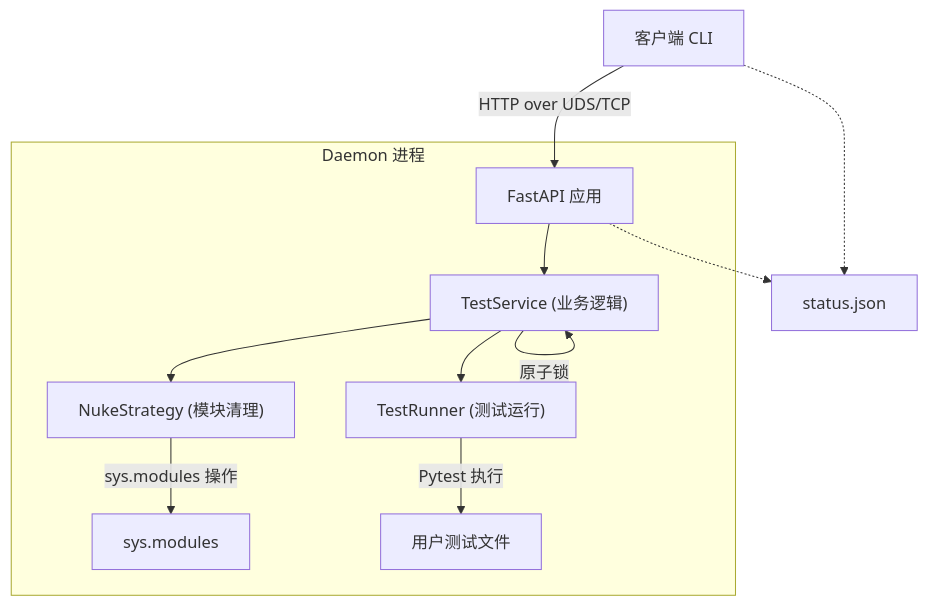
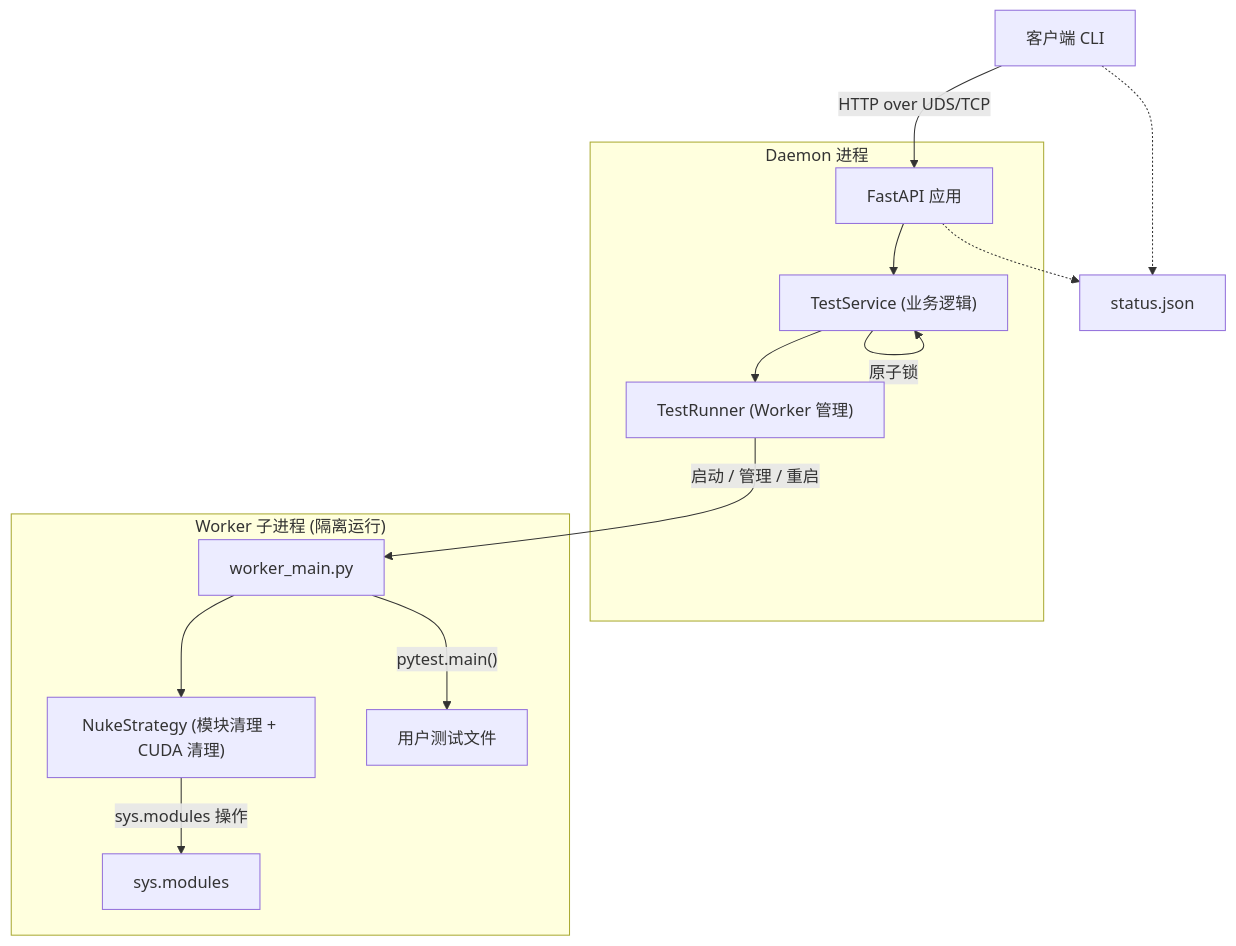
The first of 2 diagrams in README_zh.md (QingGo/sprintest), drawn with Mermaid before and after one commit. The commit also changed other lines of this file and 10 other files, not shown here.

````diff
--- a/README_zh.md
+++ b/README_zh.md
@@ -45,14 +50,17 @@
 ```mermaid
 graph TD
     Client["客户端 CLI"] -->|HTTP over UDS/TCP| App["FastAPI 应用"]
     subgraph "Daemon 进程"
         App --> Service["TestService (业务逻辑)"]
         Service -->|原子锁| Service
-        Service --> Nuke["NukeStrategy (模块清理)"]
+        Service --> Runner["TestRunner (Worker 管理)"]
+    end
+    subgraph "Worker 子进程 (隔离运行)"
+        Worker["worker_main.py"] --> Nuke["NukeStrategy (模块清理 + CUDA 清理)"]
         Nuke -->|sys.modules 操作| PySys[sys.modules]
-        Service --> Runner["TestRunner (测试运行)"]
-        Runner -->|Pytest 执行| Tests["用户测试文件"]
+        Worker -->|"pytest.main()"| Tests["用户测试文件"]
     end
+    Runner -->|启动 / 管理 / 重启| Worker
     App -.-> Status["status.json"]
     Client -.-> Status
 ```
````
